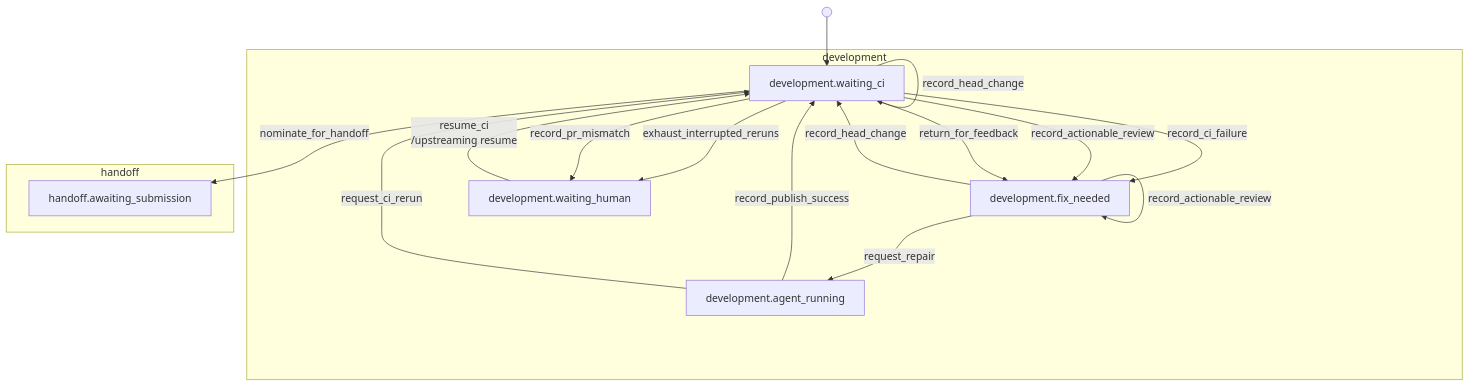
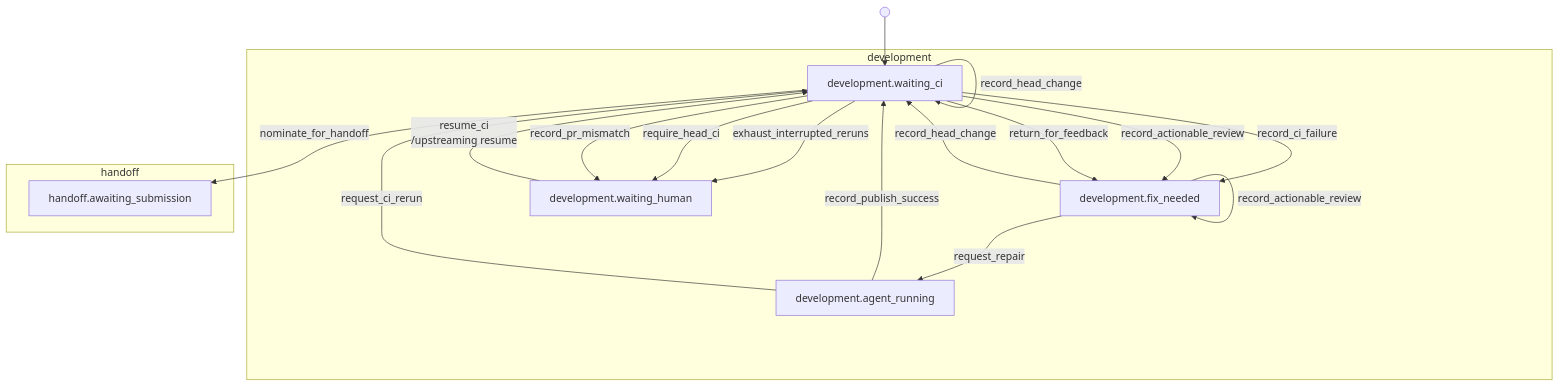
Before and after one commit to riseproject-dev/porting-agent: diagram 11 of 36 in docs/state-machine/index.md, drawn with Mermaid. The commit also changed 14 other files, not shown here.

First line of the commit message:
Require every job of a head when no job pattern is recorded

````diff
--- a/docs/state-machine/index.md
+++ b/docs/state-machine/index.md
@@ -393,29 +393,30 @@
 ```mermaid
 flowchart TB
     subgraph development["development"]
         development_waiting_ci["development.waiting_ci"]
         development_fix_needed["development.fix_needed"]
         development_agent_running["development.agent_running"]
         development_waiting_human["development.waiting_human"]
     end
     subgraph handoff["handoff"]
         handoff_awaiting_submission["handoff.awaiting_submission"]
     end
 
     start_1(( )) --> development_waiting_ci
     development_waiting_ci -->|record_ci_failure| development_fix_needed
     development_waiting_ci -->|record_actionable_review| development_fix_needed
     development_fix_needed -->|record_actionable_review| development_fix_needed
     development_waiting_ci -->|record_explanation| development_waiting_ci
     development_fix_needed -->|request_repair| development_agent_running
     development_agent_running -->|record_publish_success| development_waiting_ci
     development_agent_running -->|request_ci_rerun| development_waiting_ci
     development_waiting_ci -->|nominate_for_handoff| handoff_awaiting_submission
     development_waiting_ci -->|rerun_interrupted_ci| development_waiting_ci
     development_waiting_ci -->|exhaust_interrupted_reruns| development_waiting_human
+    development_waiting_ci -->|require_head_ci| development_waiting_human
     development_waiting_human -->|resume_ci<br/>/upstreaming resume| development_waiting_ci
     development_waiting_ci -->|record_head_change| development_waiting_ci
     development_fix_needed -->|record_head_change| development_waiting_ci
     development_waiting_ci -->|return_for_feedback| development_fix_needed
     development_waiting_ci -->|record_pr_mismatch| development_waiting_human
 ```
````
